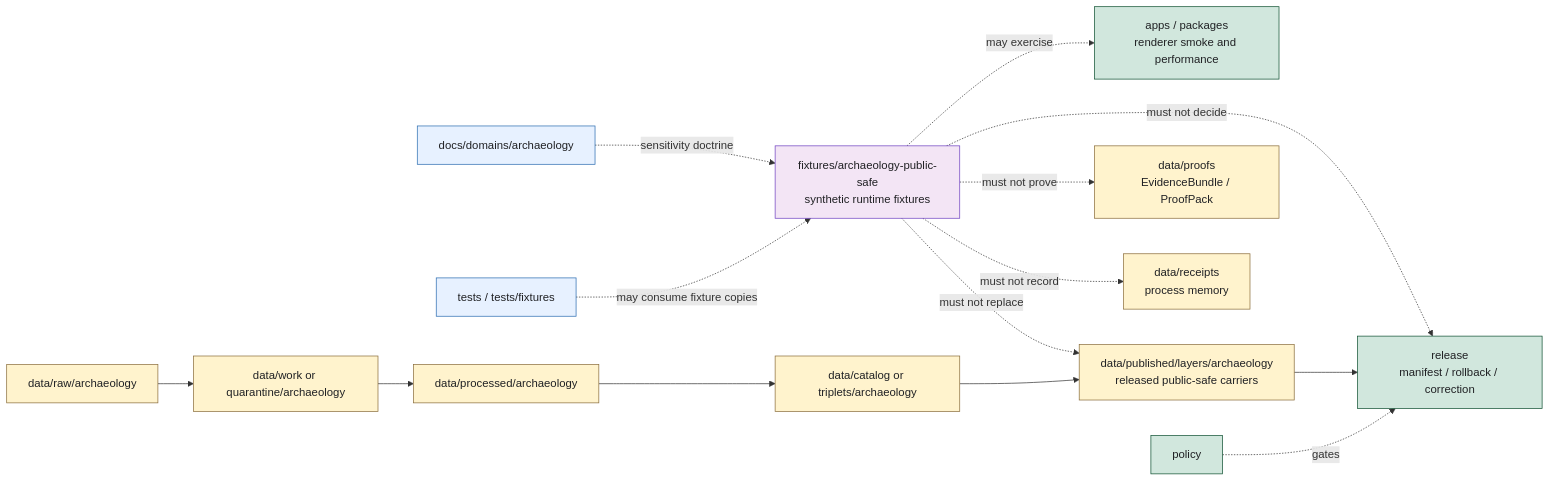
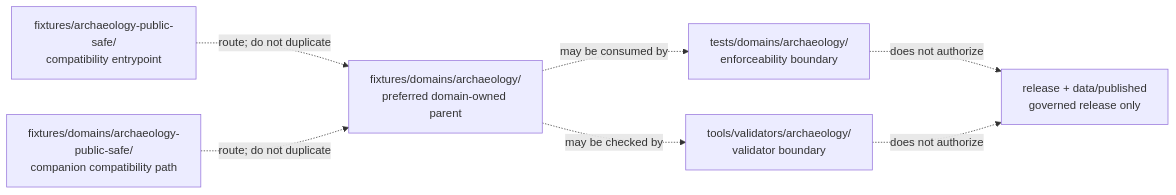
One commit to bartytime4life/Kansas-Frontier-Matrix changed the diagram in fixtures/archaeology-public-safe/README.md. Above: the diagram before and after it, drawn with Mermaid. The commit also changed other lines of this file, not shown here.

Commit message:
docs(fixtures): clarify archaeology public-safe compatibility lane

````diff
--- a/fixtures/archaeology-public-safe/README.md
+++ b/fixtures/archaeology-public-safe/README.md
@@ -203,27 +212,16 @@
 ```mermaid
 flowchart LR
-    FIX["fixtures/archaeology-public-safe<br/>synthetic runtime fixtures"] -. "may exercise" .-> APP["apps / packages<br/>renderer smoke and performance"]
-    FIX -. "must not replace" .-> PUB["data/published/layers/archaeology<br/>released public-safe carriers"]
-    FIX -. "must not prove" .-> PROOF["data/proofs<br/>EvidenceBundle / ProofPack"]
-    FIX -. "must not record" .-> RECEIPT["data/receipts<br/>process memory"]
-    FIX -. "must not decide" .-> RELEASE["release<br/>manifest / rollback / correction"]
+    LEGACY["fixtures/archaeology-public-safe/<br/>compatibility entrypoint"]
+    COMPANION["fixtures/domains/archaeology-public-safe/<br/>companion compatibility path"]
+    CANON["fixtures/domains/archaeology/<br/>preferred domain-owned parent"]
+    TESTS["tests/domains/archaeology/<br/>enforceability boundary"]
+    VALIDATORS["tools/validators/archaeology/<br/>validator boundary"]
+    RELEASE["release + data/published<br/>governed release only"]
 
-    RAW["data/raw/archaeology"] --> WORK["data/work or quarantine/archaeology"]
-    WORK --> PROC["data/processed/archaeology"]
-    PROC --> CAT["data/catalog or triplets/archaeology"]
-    CAT --> PUB
-    PUB --> RELEASE
-
-    POLICY["policy"] -. "gates" .-> RELEASE
-    DOCS["docs/domains/archaeology"] -. "sensitivity doctrine" .-> FIX
-    TESTS["tests / tests/fixtures"] -. "may consume fixture copies" .-> FIX
-
-    classDef fixture fill:#f3e5f5,stroke:#6f42c1,color:#202124;
-    classDef data fill:#fff3cd,stroke:#8a6d3b,color:#202124;
-    classDef gate fill:#d1e7dd,stroke:#0f5132,color:#202124;
-    classDef doc fill:#e7f1ff,stroke:#2b6cb0,color:#202124;
-    class FIX fixture;
-    class RAW,WORK,PROC,CAT,PUB,PROOF,RECEIPT data;
-    class APP,RELEASE,POLICY gate;
-    class DOCS,TESTS doc;
+    LEGACY -. "route; do not duplicate" .-> CANON
+    COMPANION -. "route; do not duplicate" .-> CANON
+    CANON -. "may be consumed by" .-> TESTS
+    CANON -. "may be checked by" .-> VALIDATORS
+    TESTS -. "does not authorize" .-> RELEASE
+    VALIDATORS -. "does not authorize" .-> RELEASE
 ```
````
